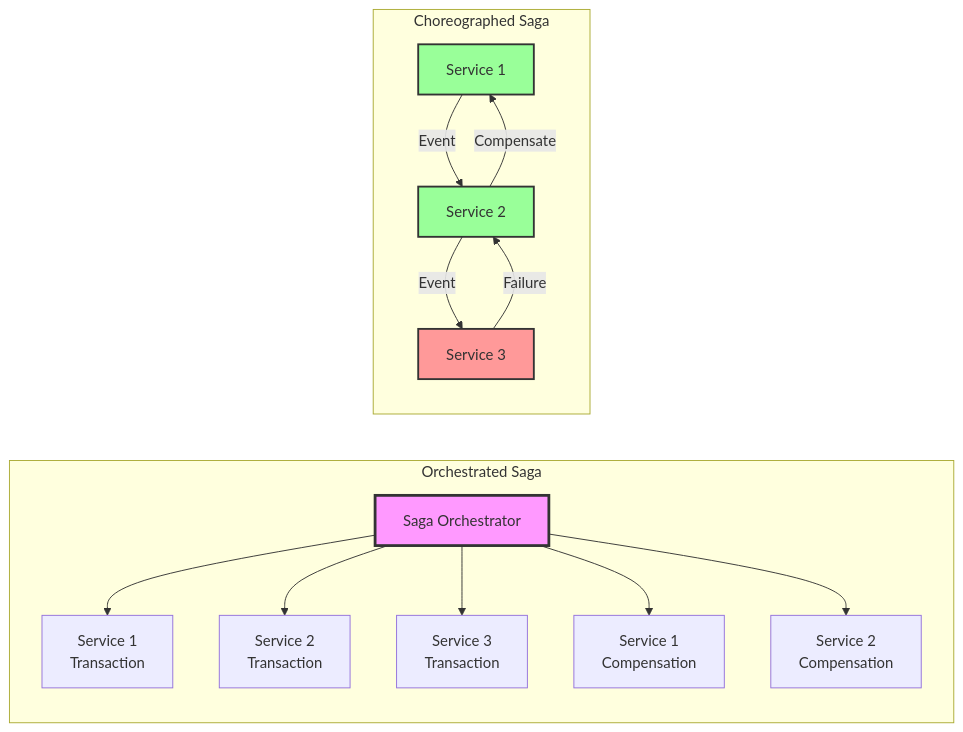
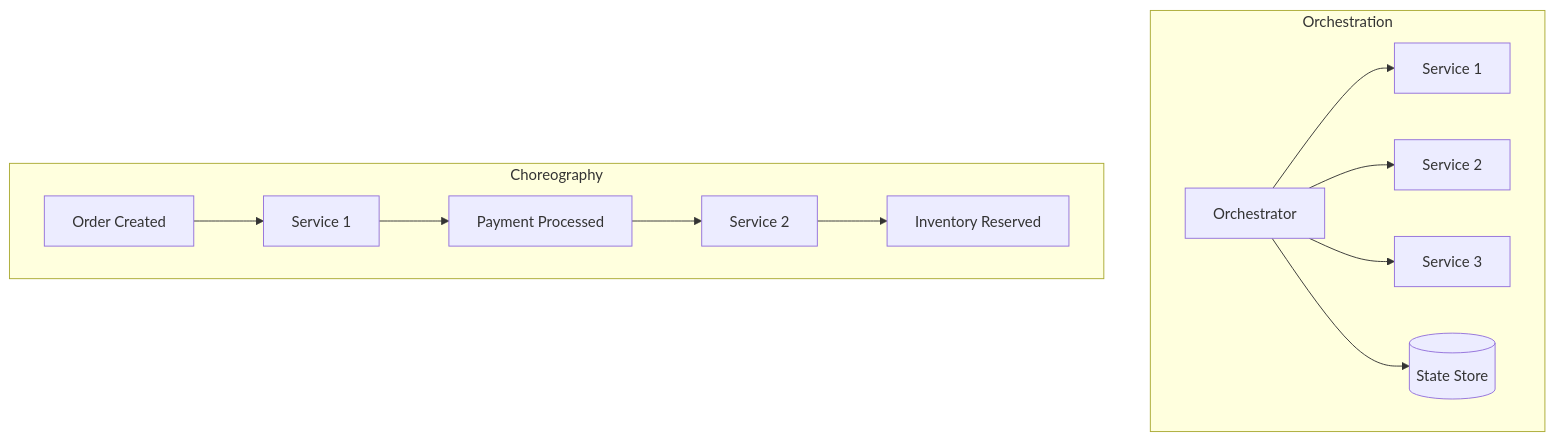
One commit to deepaucksharma/DStudio changed the second of 5 diagrams in docs/pattern-library/data-management/saga.md. Above: the diagram before and after it, drawn with Mermaid. The commit also changed other lines of this file and 64 other files, not shown here.

````diff
--- a/docs/pattern-library/data-management/saga.md
+++ b/docs/pattern-library/data-management/saga.md
@@ -169,24 +154,16 @@
 ```mermaid
-graph LR
- subgraph "Orchestrated Saga"
- O[Saga Orchestrator]
- O --> S1[Service 1<br/>Transaction]
- O --> S2[Service 2<br/>Transaction]
- O --> S3[Service 3<br/>Transaction]
- O --> C1[Service 1<br/>Compensation]
- O --> C2[Service 2<br/>Compensation]
- 
- style O fill:#f9f,stroke:#333,stroke-width:3px
- end
- 
- subgraph "Choreographed Saga"
- E1[Service 1] -->|Event| E2[Service 2]
- E2 -->|Event| E3[Service 3]
- E3 -->|Failure| E2
- E2 -->|Compensate| E1
- 
- style E1 fill:#9f9,stroke:#333,stroke-width:2px
- style E2 fill:#9f9,stroke:#333,stroke-width:2px
- style E3 fill:#f99,stroke:#333,stroke-width:2px
- end
+graph TB
+    subgraph "Orchestration"
+        O[Orchestrator] --> S1[Service 1]
+        O --> S2[Service 2]
+        O --> S3[Service 3]
+        O --> DB[(State Store)]
+    end
+    
+    subgraph "Choreography"
+        E1[Order Created] --> ES1[Service 1]
+        ES1 --> E2[Payment Processed]
+        E2 --> ES2[Service 2]
+        ES2 --> E3[Inventory Reserved]
+    end
 ```
````
